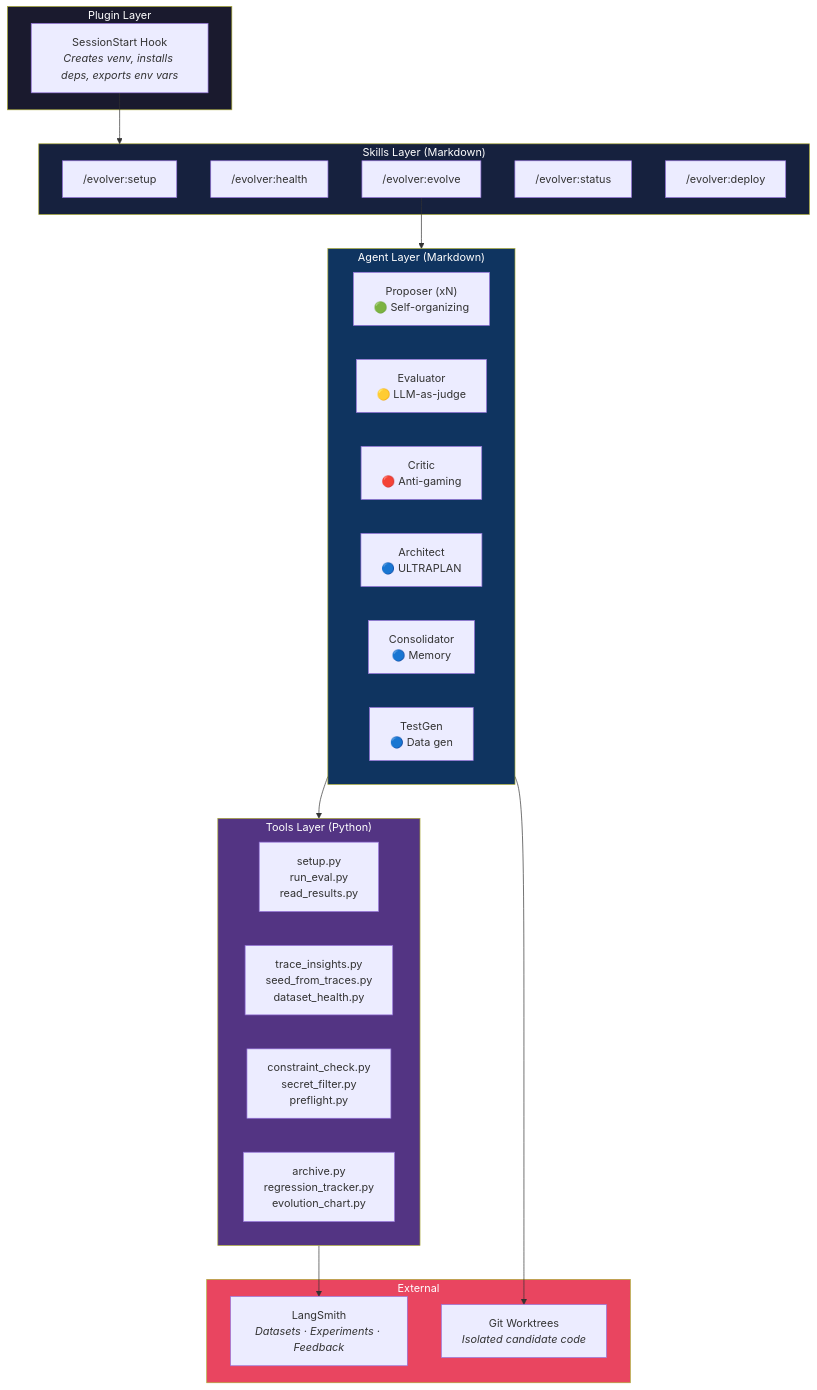
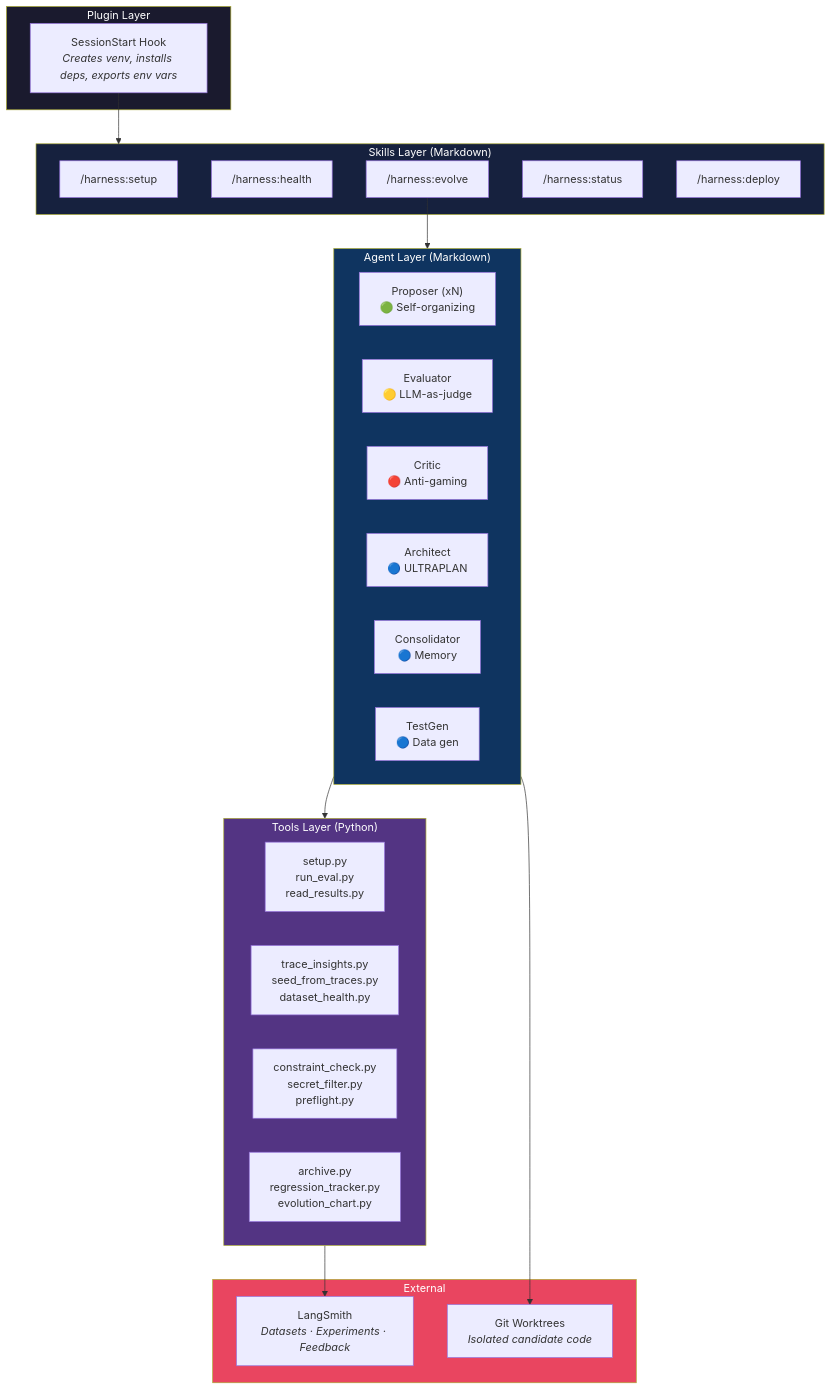
Before and after one commit to raphaelchristi/harness-evolver: the first of 4 diagrams in docs/ARCHITECTURE.md, drawn with Mermaid. The commit also changed other lines of this file and 17 other files, not shown here.

First line of the commit message:
feat: rename evolver → harness in all skill and agent names

````diff
--- a/docs/ARCHITECTURE.md
+++ b/docs/ARCHITECTURE.md
@@ -7,49 +7,49 @@
 ```mermaid
 graph TB
     subgraph Plugin["Plugin Layer"]
         Hook["SessionStart Hook<br/><i>Creates venv, installs deps, exports env vars</i>"]
     end
 
     subgraph Skills["Skills Layer (Markdown)"]
-        Setup["/evolver:setup"]
-        Health["/evolver:health"]
-        Evolve["/evolver:evolve"]
-        Status["/evolver:status"]
-        Deploy["/evolver:deploy"]
+        Setup["/harness:setup"]
+        Health["/harness:health"]
+        Evolve["/harness:evolve"]
+        Status["/harness:status"]
+        Deploy["/harness:deploy"]
     end
 
     subgraph Agents["Agent Layer (Markdown)"]
         direction LR
         Proposer["Proposer (xN)<br/>🟢 Self-organizing"]
         Evaluator["Evaluator<br/>🟡 LLM-as-judge"]
         Critic["Critic<br/>🔴 Anti-gaming"]
         Architect["Architect<br/>🔵 ULTRAPLAN"]
         Consolidator["Consolidator<br/>🔵 Memory"]
         TestGen["TestGen<br/>🔵 Data gen"]
     end
 
     subgraph Tools["Tools Layer (Python)"]
         direction LR
         Core["setup.py<br/>run_eval.py<br/>read_results.py"]
         Analysis["trace_insights.py<br/>seed_from_traces.py<br/>dataset_health.py"]
         Safety["constraint_check.py<br/>secret_filter.py<br/>preflight.py"]
         History["archive.py<br/>regression_tracker.py<br/>evolution_chart.py"]
     end
 
     subgraph External["External"]
         LS["LangSmith<br/><i>Datasets · Experiments · Feedback</i>"]
         Git["Git Worktrees<br/><i>Isolated candidate code</i>"]
     end
 
     Hook --> Skills
     Evolve --> Agents
     Agents --> Tools
     Tools --> LS
     Proposer --> Git
     
     style Plugin fill:#1a1a2e,color:#fff
     style Skills fill:#16213e,color:#fff
     style Agents fill:#0f3460,color:#fff
     style Tools fill:#533483,color:#fff
     style External fill:#e94560,color:#fff
 ```
````
